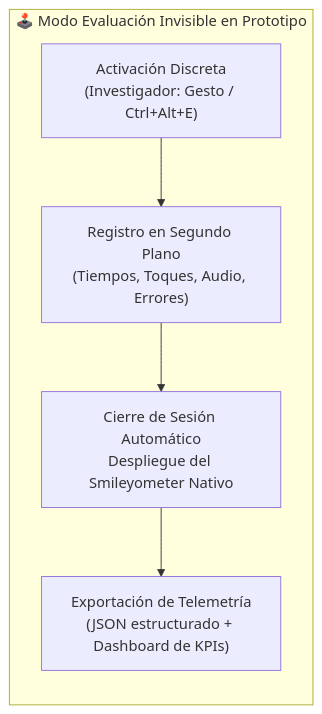
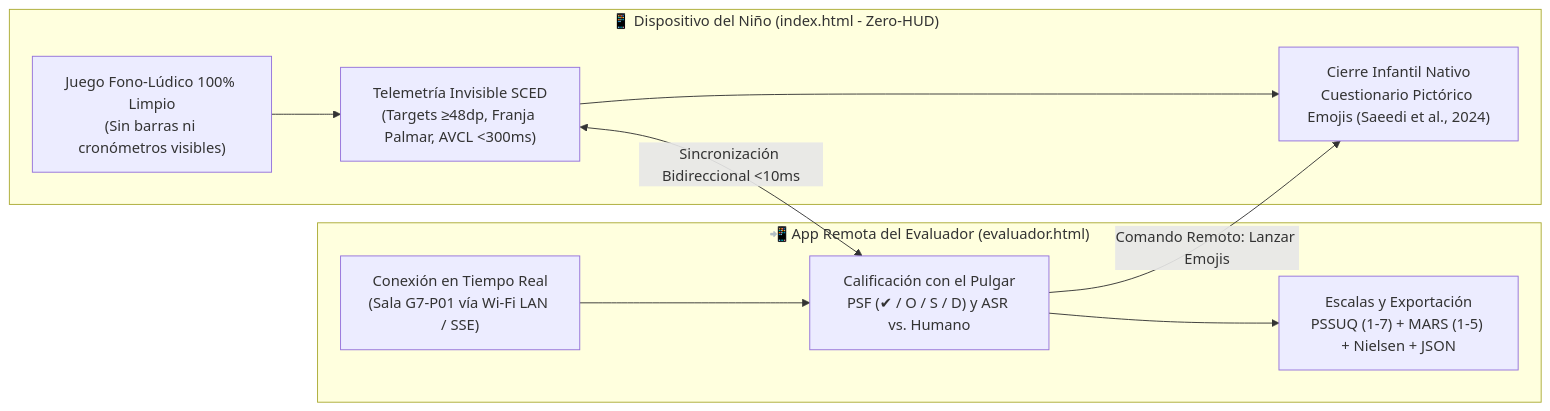
The first of 2 diagrams in Proyecto/Documentación/Actividad 10 - Prueba de Usabilidad y Accesibilidad/Plan de Implementación - Modo Evaluación y Telemetría Automática.md (MasaruC/App_Fono-Ludica), drawn with Mermaid before and after one commit. The commit also changed other lines of this file and 17 other files, not shown here.

Commit message:
feat(act10): refactorizar Modo Evaluacion Micro-SCED v3.0, consola remota evaluador, telemetria y guias README

````diff
--- a/Proyecto/Documentación/Actividad 10 - Prueba de Usabilidad y Accesibilidad/Plan de Implementación - Modo Evaluación y Telemetría Automática.md
+++ b/Proyecto/Documentación/Actividad 10 - Prueba de Usabilidad y Accesibilidad/Plan de Implementación - Modo Evaluación y Telemetría Automática.md
@@ -19,8 +37,15 @@
 ```mermaid
 flowchart LR
-    subgraph ModoEvaluacion ["🕹️ Modo Evaluación Invisible en Prototipo"]
-        A["Activación Discreta<br>(Investigador: Gesto / Ctrl+Alt+E)"] --> B["Registro en Segundo Plano<br>(Tiempos, Toques, Audio, Errores)"]
-        B --> C["Cierre de Sesión Automático<br>Despliegue del Smileyometer Nativo"]
-        C --> D["Exportación de Telemetría<br>(JSON estructurado + Dashboard de KPIs)"]
+    subgraph DispositivoNino ["📱 Dispositivo del Niño (index.html - Zero-HUD)"]
+        A["Juego Fono-Lúdico 100% Limpio<br>(Sin barras ni cronómetros visibles)"] --> B["Telemetría Invisible SCED<br>(Targets ≥48dp, Franja Palmar, AVCL <300ms)"]
+        B --> C["Cierre Infantil Nativo<br>Cuestionario Pictórico Emojis (Saeedi et al., 2024)"]
     end
+
+    subgraph DispositivoEvaluador ["📲 App Remota del Evaluador (evaluador.html)"]
+        R1["Conexión en Tiempo Real<br>(Sala G7-P01 vía Wi-Fi LAN / SSE)"] --> R2["Calificación con el Pulgar<br>PSF (✔ / O / S / D) y ASR vs. Humano"]
+        R2 --> R3["Escalas y Exportación<br>PSSUQ (1-7) + MARS (1-5) + Nielsen + JSON"]
+    end
+
+    B <-->|"Sincronización Bidireccional <10ms"| R2
+    R2 -->|"Comando Remoto: Lanzar Emojis"| C
 ```
````
